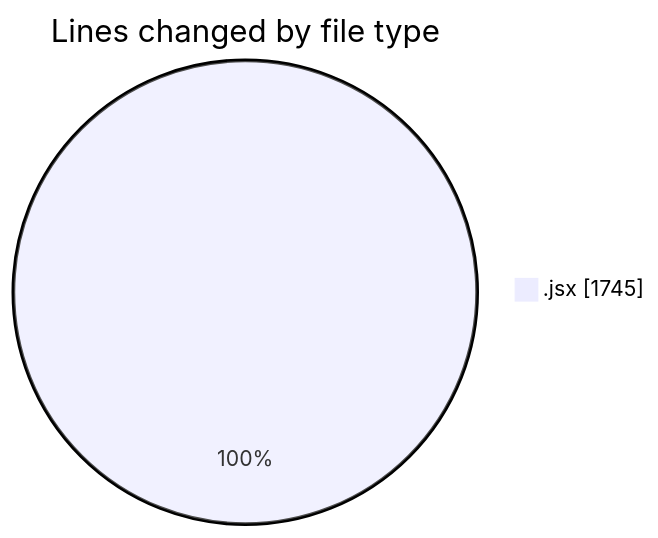
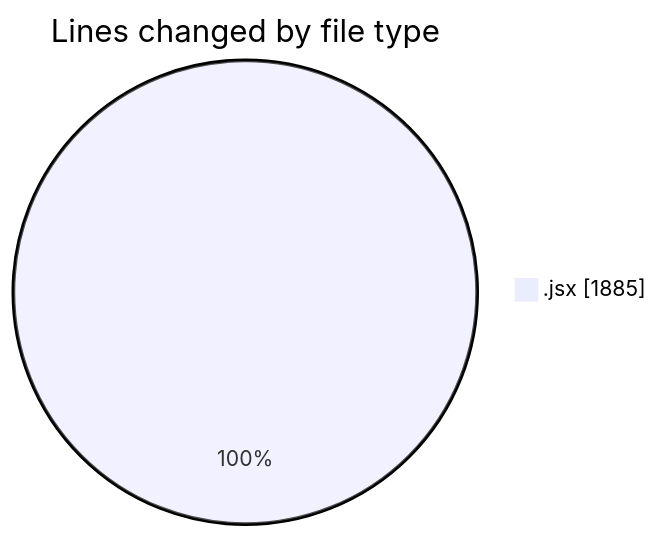
The first of 2 diagrams in 2025-05-05/nxtqube_webapp/README.md (nxtqubesakshisongat/code-tracking), drawn with Mermaid before and after one commit. The commit also changed other lines of this file and 1 other file, not shown here.

````diff
--- a/2025-05-05/nxtqube_webapp/README.md
+++ b/2025-05-05/nxtqube_webapp/README.md
@@ -20,5 +20,5 @@
 ```mermaid
 pie showData
 title Lines changed by file type
-".jsx" : 1745
+".jsx" : 1885
 ```
````
